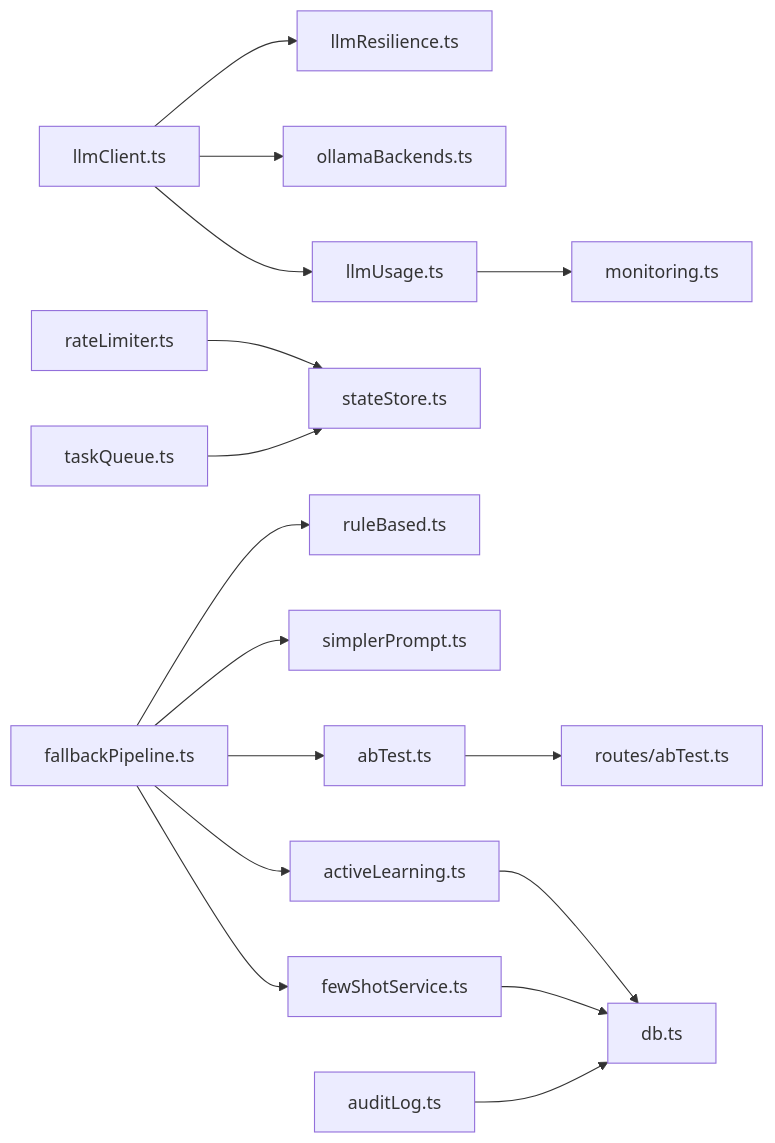
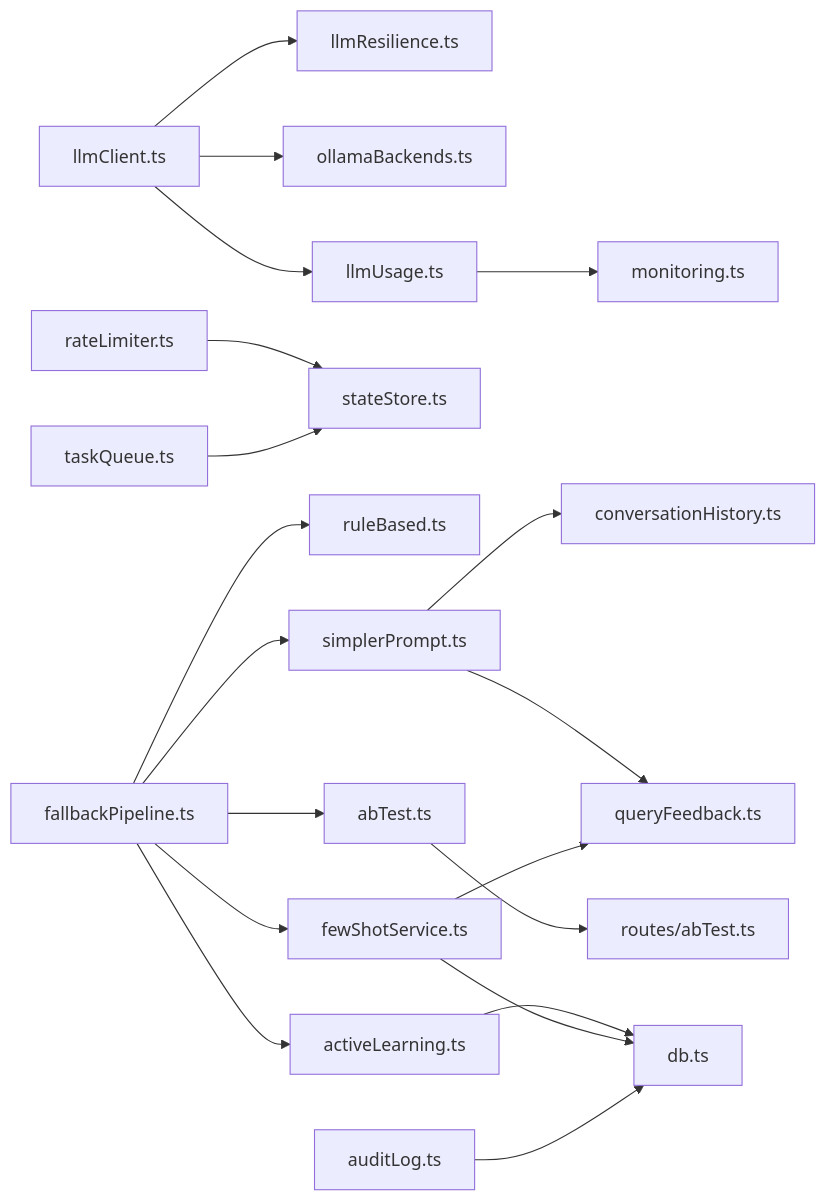
Diagram 17 of 17 in .qoder/repowiki/zh/content/AI与LLM集成/容错与故障转移.md (dgjin/smart-data-analytics), drawn with Mermaid before and after one commit. The commit also changed other lines of this file and 100 other files, not shown here.

````diff
--- a/.qoder/repowiki/zh/content/AI与LLM集成/容错与故障转移.md
+++ b/.qoder/repowiki/zh/content/AI与LLM集成/容错与故障转移.md
@@ -662,18 +697,21 @@
 ```mermaid
 graph LR
 LC["llmClient.ts"] --> LR["llmResilience.ts"]
 LC --> OB["ollamaBackends.ts"]
 LC --> MU["llmUsage.ts"]
 MU --> MO["monitoring.ts"]
 RL["rateLimiter.ts"] --> SS["stateStore.ts"]
 TQ["taskQueue.ts"] --> SS
 FP["fallbackPipeline.ts"] --> RB["ruleBased.ts"]
 FP --> SP["simplerPrompt.ts"]
 FP --> ABT["abTest.ts"]
 FP --> AL["activeLearning.ts"]
 FP --> FS["fewShotService.ts"]
+SP --> CH["conversationHistory.ts"]
+SP --> QF["queryFeedback.ts"]
+FS --> QF
 ABT --> RABT["routes/abTest.ts"]
 AL --> DB["db.ts"]
 FS --> DB
 ALB["auditLog.ts"] --> DB
 ```
````
